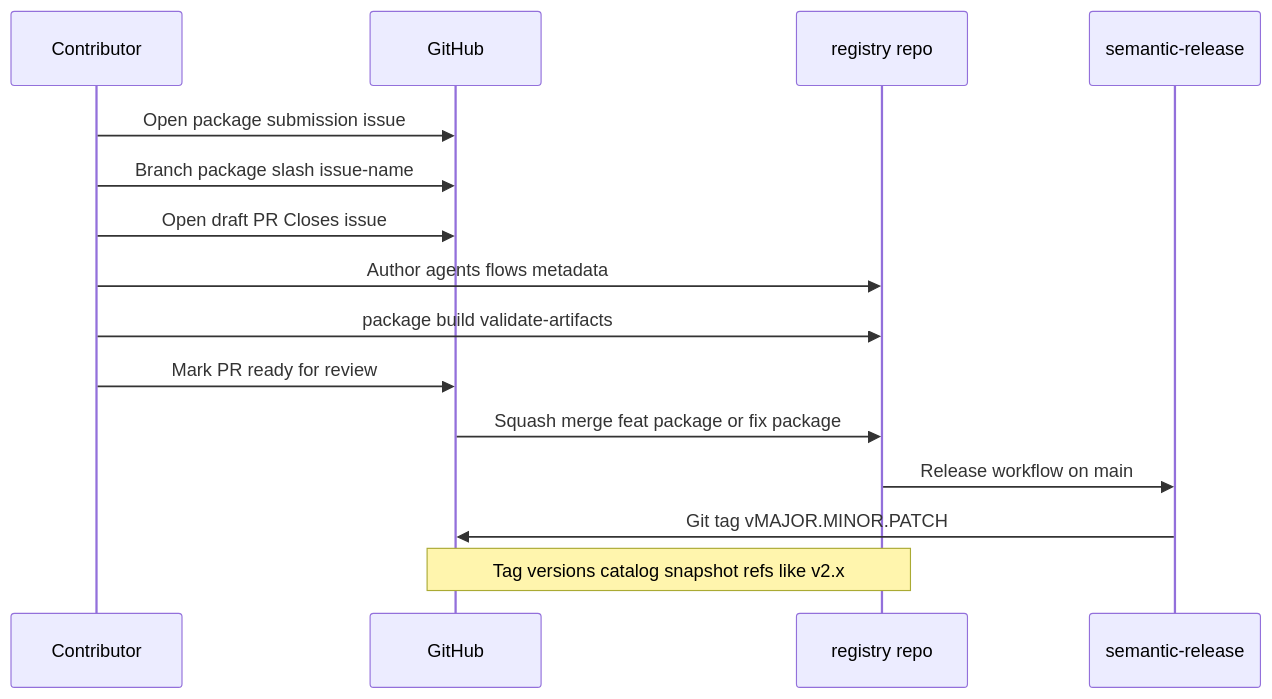
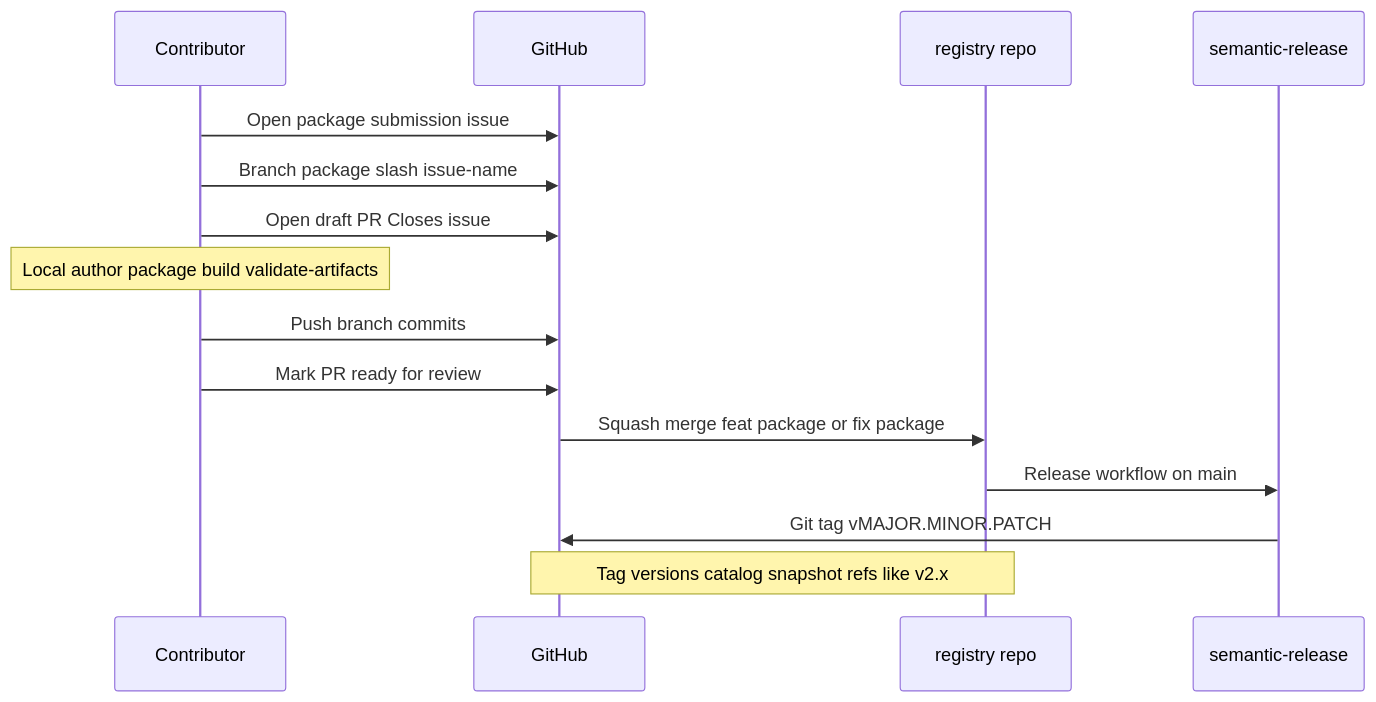
One commit to agents-repo/.github changed the second of 4 diagrams in docs/ecosystem.md. Above: the diagram before and after it, drawn with Mermaid. The commit also changed other lines of this file and 1 other file, not shown here.

First line of the commit message:
docs: clarify ecosystem diagram fetch direction and overrides

````diff
--- a/docs/ecosystem.md
+++ b/docs/ecosystem.md
@@ -78,18 +82,18 @@
 ```mermaid
 sequenceDiagram
   participant C as Contributor
   participant GH as GitHub
   participant R as registry repo
   participant SR as semantic-release
 
   C->>GH: Open package submission issue
   C->>GH: Branch package slash issue-name
   C->>GH: Open draft PR Closes issue
-  C->>R: Author agents flows metadata
-  C->>R: package build validate-artifacts
+  Note over C: Local author package build validate-artifacts
+  C->>GH: Push branch commits
   C->>GH: Mark PR ready for review
   GH->>R: Squash merge feat package or fix package
   R->>SR: Release workflow on main
   SR->>GH: Git tag vMAJOR.MINOR.PATCH
   Note over R,GH: Tag versions catalog snapshot refs like v2.x
 ```
````
